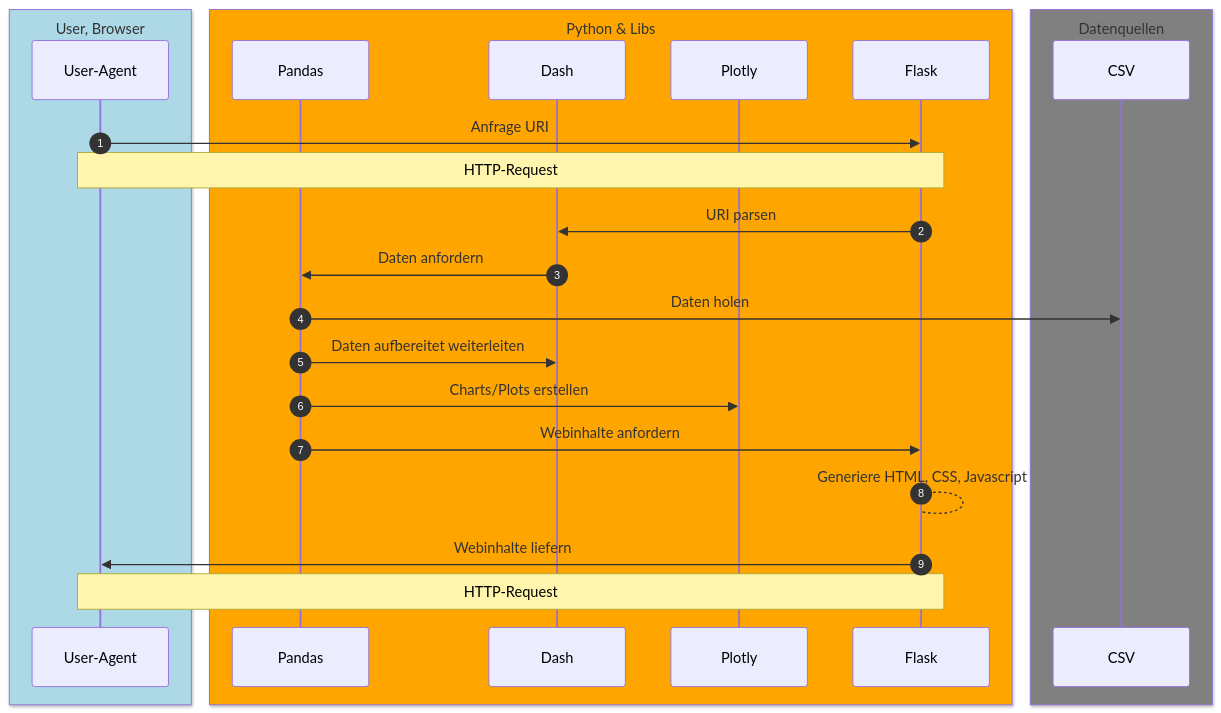
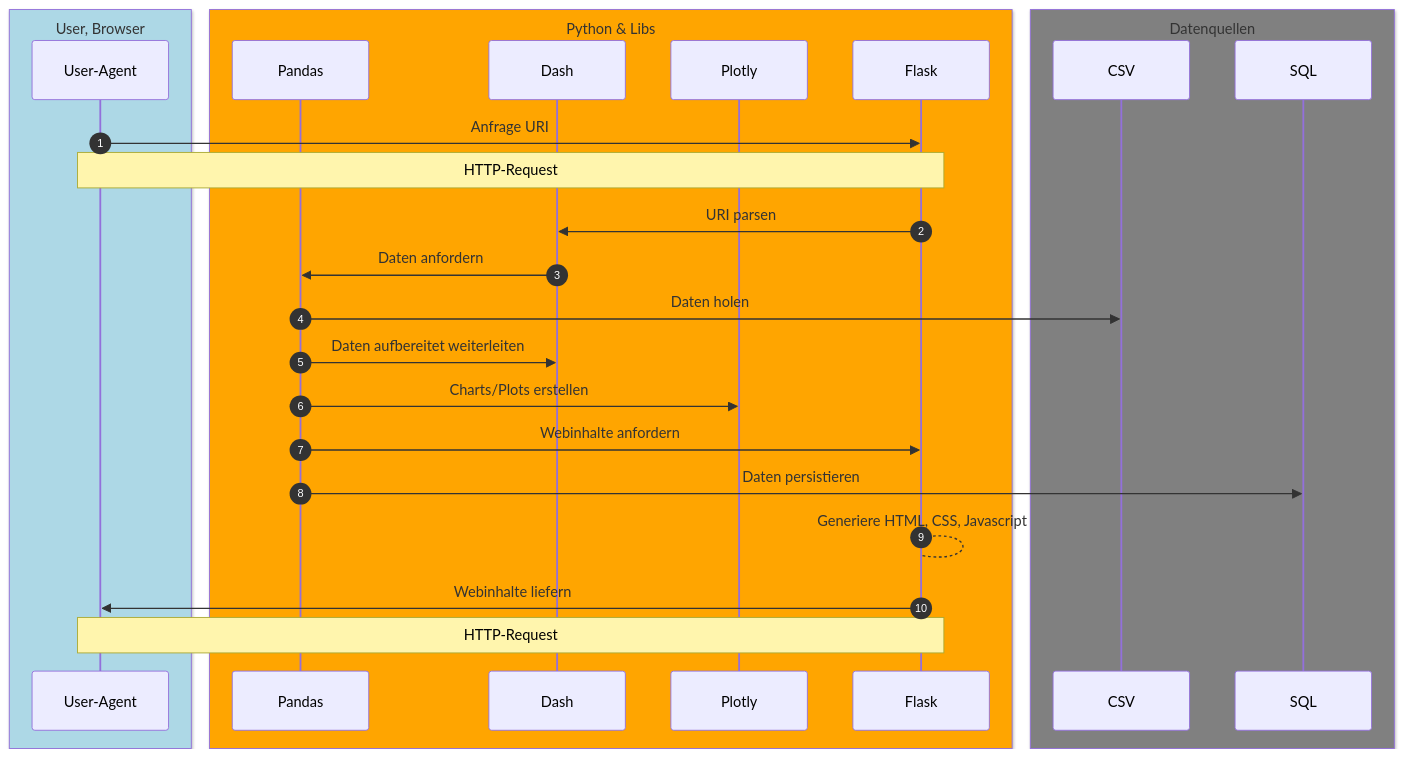
One commit to nevsglueckauf/wq changed the diagram in Documentation/Architektur_Python.md. Above: the diagram before and after it, drawn with Mermaid. The commit also changed 12 other files, not shown here.

````diff
--- a/Documentation/Architektur_Python.md
+++ b/Documentation/Architektur_Python.md
@@ -7,37 +7,39 @@
 ```mermaid
 sequenceDiagram
 autonumber
     
     box lightblue User, Browser
     participant User-Agent
     end
 
     box ORANGE  Python & Libs
     participant Pandas
     participant Dash
     participant Plotly
     participant Flask
     end
 
     box gray Datenquellen
     participant CSV
+    participant SQL
     end
     
     User-Agent->>Flask: Anfrage URI
     Note over User-Agent, Flask: HTTP-Request
     
     Flask->>Dash: URI parsen
     Dash->>Pandas: Daten anfordern
     Pandas ->> CSV: Daten holen
     Pandas ->> Dash: Daten aufbereitet weiterleiten
     Pandas ->> Plotly: Charts/Plots erstellen
     Pandas ->> Flask: Webinhalte anfordern 
+    Pandas ->> SQL: Daten persistieren 
     Flask --> Flask: Generiere HTML, CSS, Javascript
     
     Flask->>User-Agent: Webinhalte liefern
     Note over User-Agent, Flask: HTTP-Request
     
 
    
    
 ```
````
